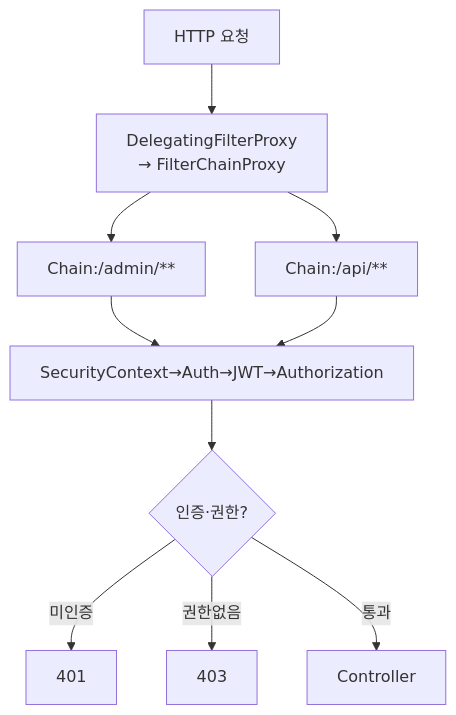
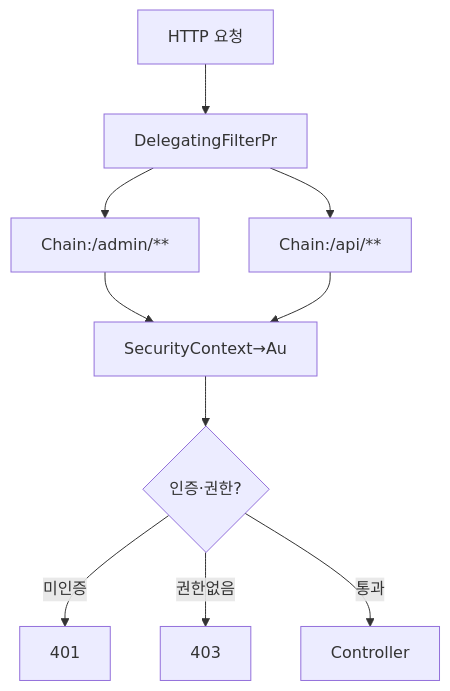
One commit to yjkim2015/yjkim2015.github.io changed the first of 7 diagrams in _posts/spring/2026-05-02-spring-security-deep.md. Above: the diagram before and after it, drawn with Mermaid. The commit also changed other lines of this file and 271 other files, not shown here.

First line of the commit message:
Mermaid 라벨 축소: 긴 노드 텍스트 18자 이하로 트림 + \n 제거

````diff
--- a/_posts/spring/2026-05-02-spring-security-deep.md
+++ b/_posts/spring/2026-05-02-spring-security-deep.md
@@ -32,11 +32,11 @@
 ```mermaid
 graph TD
-    A["HTTP 요청"] --> B["DelegatingFilterProxy\n→ FilterChainProxy"]
+    A["HTTP 요청"] --> B["DelegatingFilterPr"]
     B --> C["Chain:/admin/**"]
     B --> D["Chain:/api/**"]
-    C & D --> E["SecurityContext→Auth→JWT→Authorization"]
+    C & D --> E["SecurityContext→Au"]
     E --> F{"인증·권한?"}
     F -->|"미인증"| G["401"]
     F -->|"권한없음"| H["403"]
     F -->|"통과"| I["Controller"]
 ```
````
